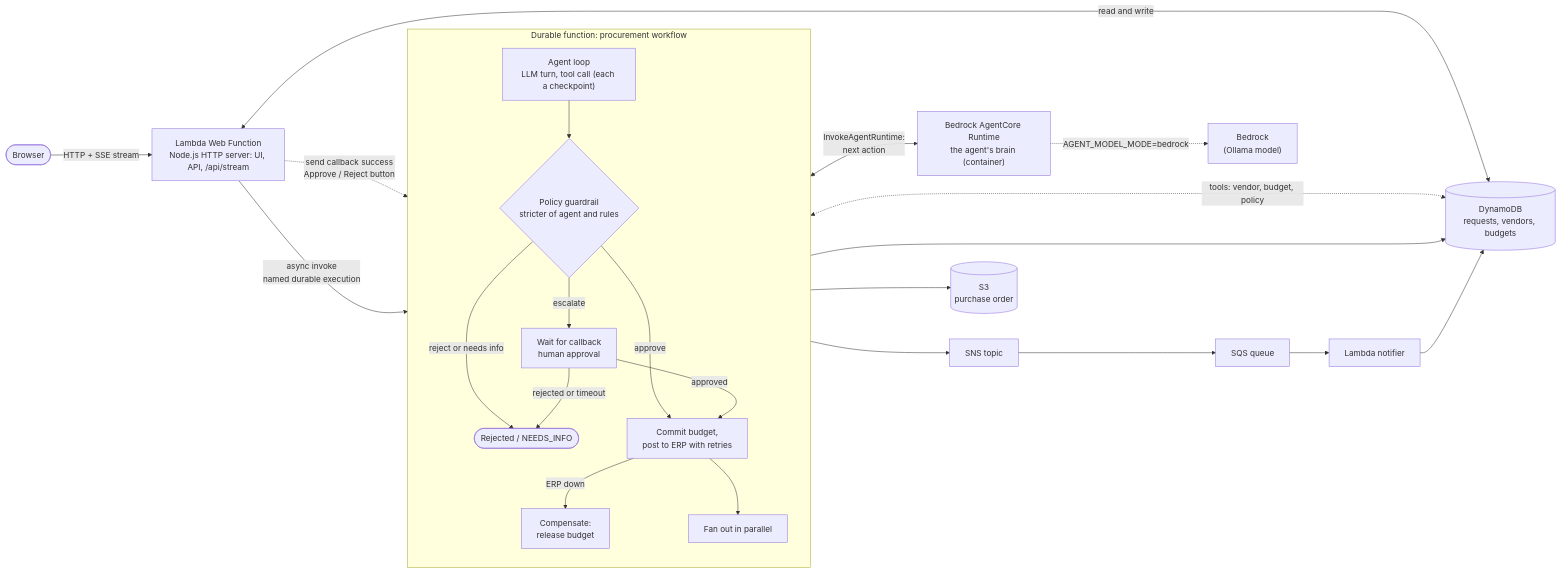
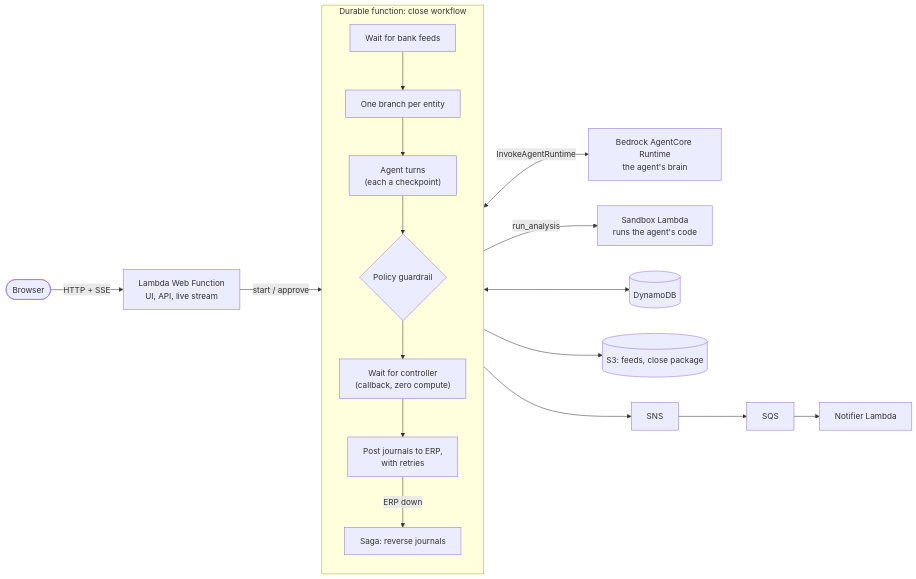
Before and after one commit to whummer/localstack-utils: the diagram in aws-reinvent-2026/README.md, drawn with Mermaid. The commit also changed other lines of this file and 12 other files, not shown here.

First line of the commit message:
aws-reinvent-2026: simplify UI, add live logs, architecture view and fixes

````diff
--- a/aws-reinvent-2026/README.md
+++ b/aws-reinvent-2026/README.md
@@ -6,26 +15,21 @@
 ```mermaid
 flowchart LR
-    user([Browser]) -->|"HTTP + SSE stream"| web["Lambda Web Function<br/>Node.js HTTP server: UI, API, /api/stream"]
-    web <-->|read and write| ddb[("DynamoDB<br/>requests, vendors, budgets")]
-    web -->|"async invoke<br/>named durable execution"| wf
+    user([Browser]) -->|"HTTP + SSE"| web["Lambda Web Function<br/>UI, API, live stream"]
+    web -->|"start / approve"| wf
 
-    subgraph wf["Durable function: procurement workflow"]
+    subgraph wf["Durable function: close workflow"]
         direction TB
-        agent["Agent loop<br/>LLM turn, tool call (each a checkpoint)"] --> guard{"Policy guardrail<br/>stricter of agent and rules"}
-        guard -->|reject or needs info| ended([Rejected / NEEDS_INFO])
-        guard -->|escalate| human["Wait for callback<br/>human approval"]
-        guard -->|approve| commit
-        human -->|approved| commit["Commit budget,<br/>post to ERP with retries"]
-        human -->|rejected or timeout| ended
-        commit -->|ERP down| saga["Compensate:<br/>release budget"]
-        commit --> fan["Fan out in parallel"]
+        feed["Wait for bank feeds"] --> fan["One branch per entity"]
+        fan --> agent["Agent turns<br/>(each a checkpoint)"]
+        agent --> guard{"Policy guardrail"}
+        guard --> human["Wait for controller<br/>(callback, zero compute)"]
+        human --> post["Post journals to ERP,<br/>with retries"]
+        post -->|ERP down| saga["Saga: reverse journals"]
     end
 
-    agent <-->|"InvokeAgentRuntime:<br/>next action"| ac["Bedrock AgentCore Runtime<br/>the agent's brain (container)"]
-    ac -.->|"AGENT_MODEL_MODE=bedrock"| bedrock["Bedrock<br/>(Ollama model)"]
-    agent <-.->|"tools: vendor, budget, policy"| ddb
-    web -.->|"send callback success<br/>Approve / Reject button"| human
-    commit --> ddb
-    fan --> s3[("S3<br/>purchase order")]
-    fan --> sns["SNS topic"] --> sqs["SQS queue"] --> notifier["Lambda notifier"] --> ddb
+    agent <-->|InvokeAgentRuntime| ac["Bedrock AgentCore Runtime<br/>the agent's brain"]
+    agent -->|run_analysis| sb["Sandbox Lambda<br/>runs the agent's code"]
+    wf <--> ddb[(DynamoDB)]
+    wf --> s3[(S3: feeds, close package)]
+    wf --> sns[SNS] --> sqs[SQS] --> notifier["Notifier Lambda"]
 ```
````
